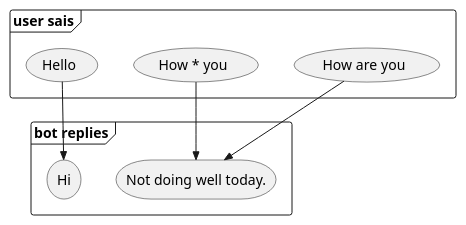
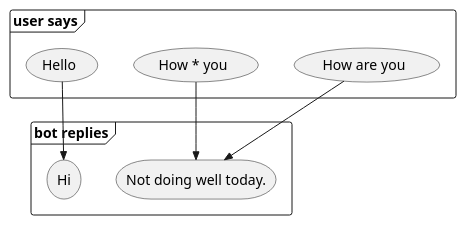
One commit to jappeace/methods-homework changed diagram 23 of 25 in thesis/thesis.org. Above: the diagram before and after it, drawn with PlantUML. The commit also changed other lines of this file and 1 other file, not shown here.

```diff
--- a/thesis/thesis.org
+++ b/thesis/thesis.org
@@ -3859,16 +3882,16 @@
 #+BEGIN_SRC plantuml :cache yes :file img/uml/dep:aimlcats.png :exports results
-frame "user sais"{
+frame "user says"{
   usecase "How are you" as how
   usecase "How * you" as howstar
   usecase Hello
 }
 
 frame "bot replies"{
   storage "Not doing well today." as notwell
   storage Hi
 }
 
 how -->> notwell
 howstar -->> notwell
 Hello -->> Hi
 #+END_SRC
```
